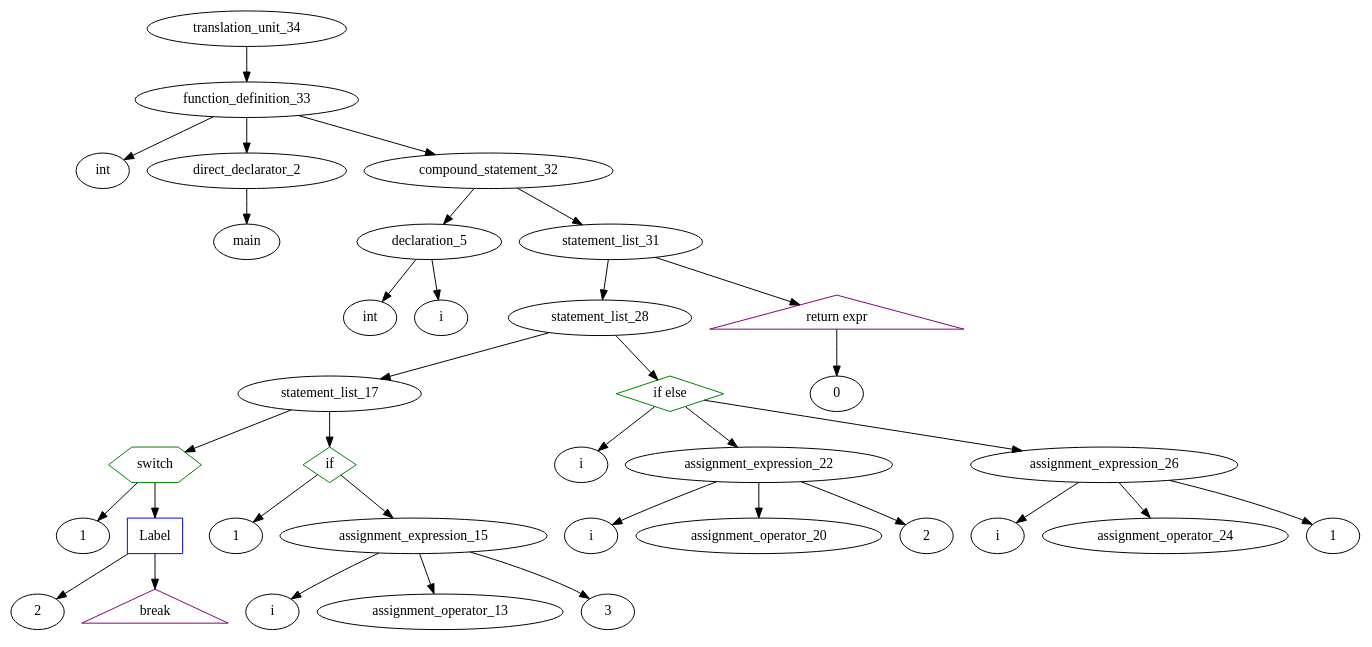
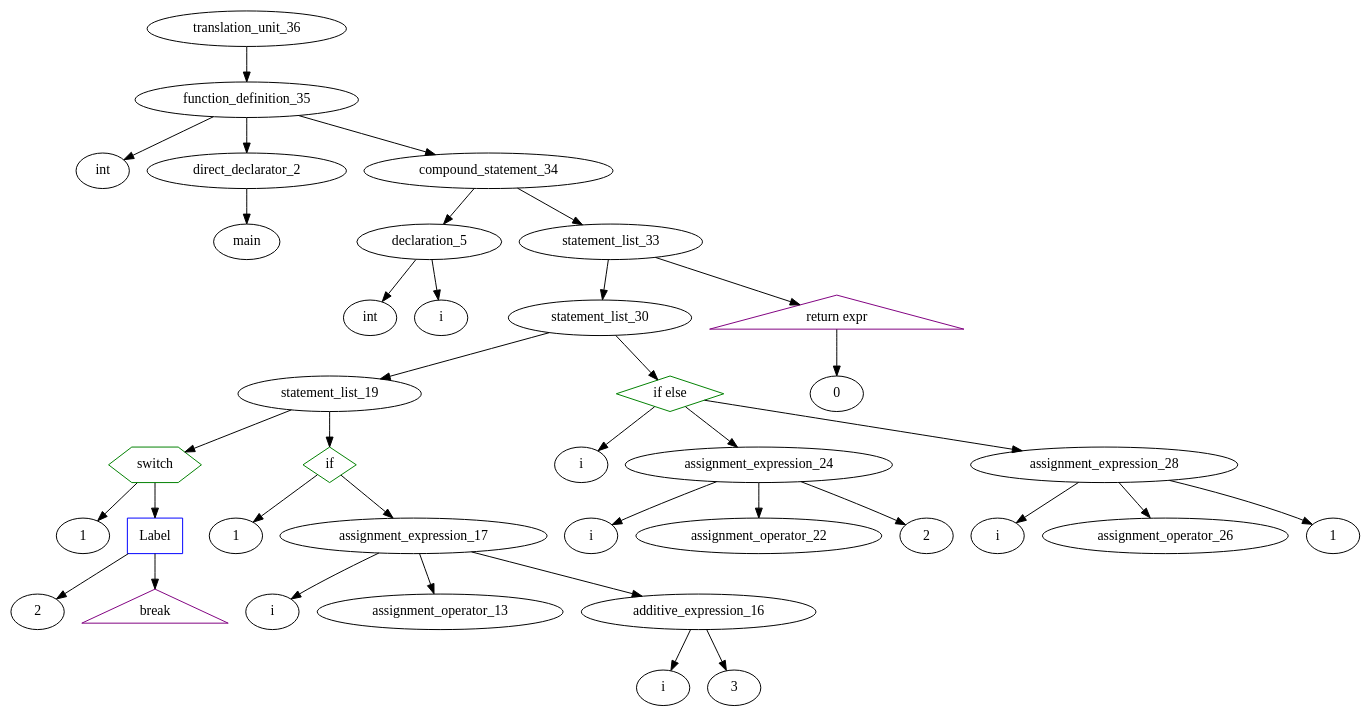
One commit to ahpalmerUNR/c_compiler changed the diagram in graphs/default.gv. Above: the diagram before and after it, drawn with Graphviz. The commit also changed 4 other files, not shown here.

```diff
--- a/graphs/default.gv
+++ b/graphs/default.gv
@@ -1,57 +1,60 @@
 digraph AST {
-	translation_unit_34 -> function_definition_33;
-	function_definition_33 -> type_specifier_0;
+	translation_unit_36 -> function_definition_35;
+	function_definition_35 -> type_specifier_0;
 	type_specifier_0 [label="int"]
-	function_definition_33 -> direct_declarator_2;
+	function_definition_35 -> direct_declarator_2;
 	direct_declarator_2 -> identifier_1;
 	identifier_1 [label="main"]
-	function_definition_33 -> compound_statement_32;
-	compound_statement_32 -> declaration_5;
+	function_definition_35 -> compound_statement_34;
+	compound_statement_34 -> declaration_5;
 	declaration_5 -> type_specifier_3;
 	type_specifier_3 [label="int"]
 	declaration_5 -> identifier_4;
 	identifier_4 [label="i"]
-	compound_statement_32 -> statement_list_31;
-	statement_list_31 -> statement_list_28;
-	statement_list_28 -> statement_list_17;
-	statement_list_17 -> selection_statement_10;
+	compound_statement_34 -> statement_list_33;
+	statement_list_33 -> statement_list_30;
+	statement_list_30 -> statement_list_19;
+	statement_list_19 -> selection_statement_10;
 	selection_statement_10 [shape=hexagon,color=green,label="switch"]
 	selection_statement_10 -> constant_6;
 	constant_6 [label="1"]
 	selection_statement_10 -> labeled_statement_9;
 	labeled_statement_9 [shape = box,color=blue,label="Label"]
 	labeled_statement_9 -> constant_7;
 	constant_7 [label="2"]
 	labeled_statement_9 -> jump_statement_8;
 	jump_statement_8 [shape = triangle,color=purple,label="break"]
-	statement_list_17 -> selection_statement_16;
-	selection_statement_16 [shape=diamond,color=green,label="if"]
-	selection_statement_16 -> constant_11;
+	statement_list_19 -> selection_statement_18;
+	selection_statement_18 [shape=diamond,color=green,label="if"]
+	selection_statement_18 -> constant_11;
 	constant_11 [label="1"]
-	selection_statement_16 -> assignment_expression_15;
-	assignment_expression_15 -> identifier_12;
+	selection_statement_18 -> assignment_expression_17;
+	assignment_expression_17 -> identifier_12;
 	identifier_12 [label="i"]
-	assignment_expression_15 -> assignment_operator_13;
-	assignment_expression_15 -> constant_14;
-	constant_14 [label="3"]
-	statement_list_28 -> selection_statement_27;
-	selection_statement_27 [shape=diamond,color=green,label="if else"]
-	selection_statement_27 -> identifier_18;
-	identifier_18 [label="i"]
-	selection_statement_27 -> assignment_expression_22;
-	assignment_expression_22 -> identifier_19;
-	identifier_19 [label="i"]
-	assignment_expression_22 -> assignment_operator_20;
-	assignment_expression_22 -> constant_21;
-	constant_21 [label="2"]
-	selection_statement_27 -> assignment_expression_26;
-	assignment_expression_26 -> identifier_23;
-	identifier_23 [label="i"]
-	assignment_expression_26 -> assignment_operator_24;
-	assignment_expression_26 -> constant_25;
-	constant_25 [label="1"]
-	statement_list_31 -> jump_statement_30;
-	jump_statement_30 [shape = triangle,color=purple,label="return expr"]
-	jump_statement_30 -> constant_29;
-	constant_29 [label="0"]
+	assignment_expression_17 -> assignment_operator_13;
+	assignment_expression_17 -> additive_expression_16;
+	additive_expression_16 -> identifier_14;
+	identifier_14 [label="i"]
+	additive_expression_16 -> constant_15;
+	constant_15 [label="3"]
+	statement_list_30 -> selection_statement_29;
+	selection_statement_29 [shape=diamond,color=green,label="if else"]
+	selection_statement_29 -> identifier_20;
+	identifier_20 [label="i"]
+	selection_statement_29 -> assignment_expression_24;
+	assignment_expression_24 -> identifier_21;
+	identifier_21 [label="i"]
+	assignment_expression_24 -> assignment_operator_22;
+	assignment_expression_24 -> constant_23;
+	constant_23 [label="2"]
+	selection_statement_29 -> assignment_expression_28;
+	assignment_expression_28 -> identifier_25;
+	identifier_25 [label="i"]
+	assignment_expression_28 -> assignment_operator_26;
+	assignment_expression_28 -> constant_27;
+	constant_27 [label="1"]
+	statement_list_33 -> jump_statement_32;
+	jump_statement_32 [shape = triangle,color=purple,label="return expr"]
+	jump_statement_32 -> constant_31;
+	constant_31 [label="0"]
 }
```
